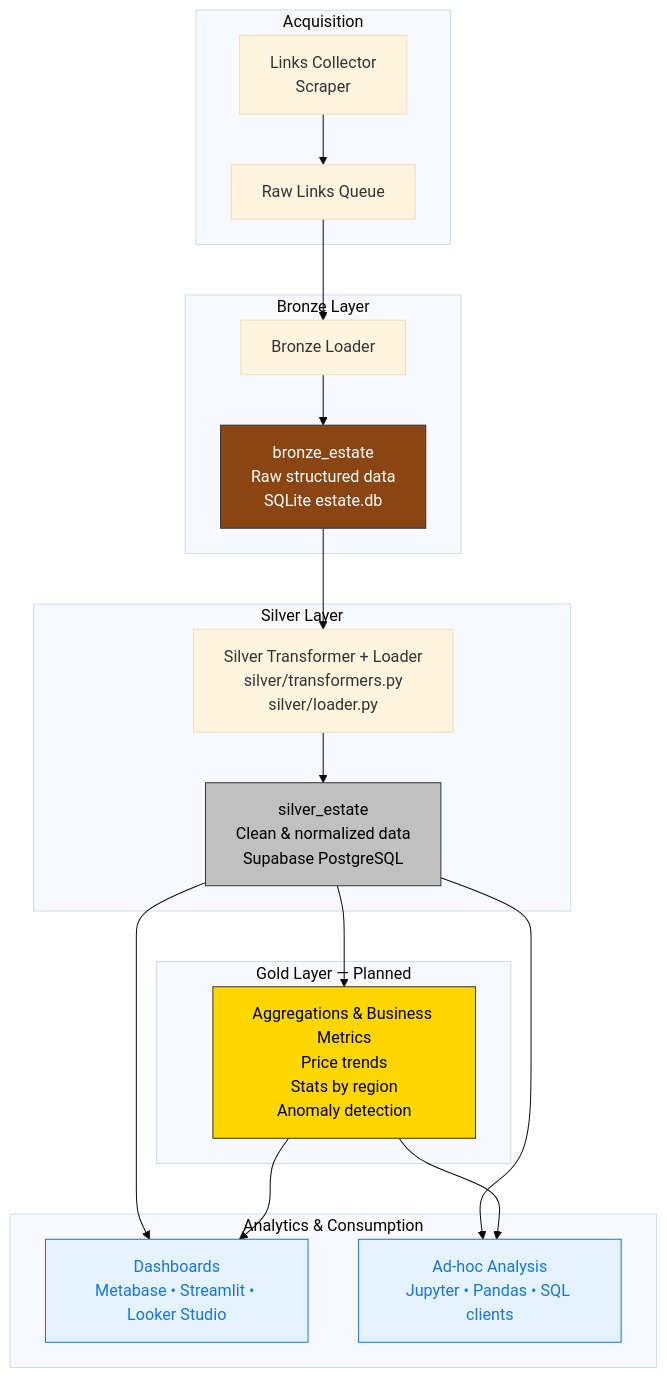
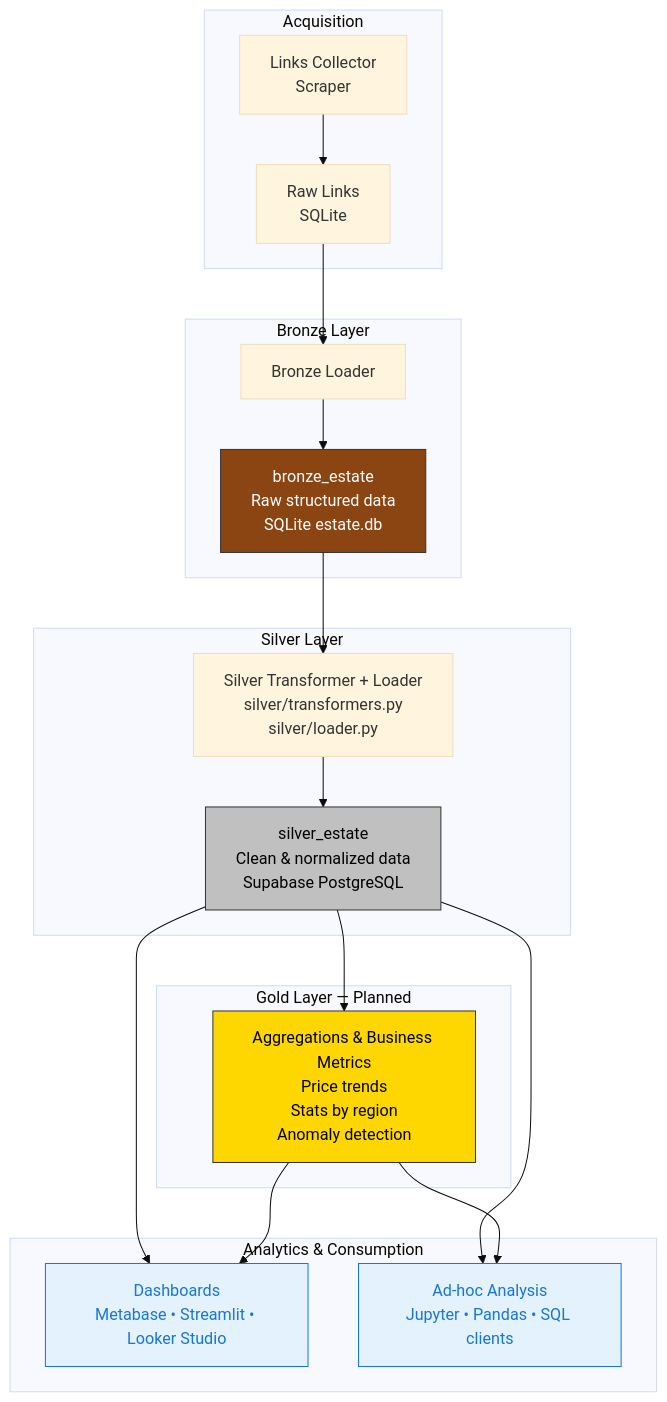
Before and after one commit to Revo69/real-estate-analytics-md: the diagram in docs/README.md, drawn with Mermaid (base theme).

````diff
--- a/docs/README.md
+++ b/docs/README.md
@@ -9,39 +9,39 @@
 ```mermaid
 %% Real Estate Analytics — Architecture Overview
 graph TD
     subgraph "Acquisition"
-        A[Links Collector<br/>Scraper] --> B[Raw Links Queue]
+        A[Links Collector<br/>Scraper] --> B[Raw Links <br/>SQLite]
     end
 
     subgraph "Bronze Layer"
         B --> C[Bronze Loader]
         C --> D[bronze_estate<br/>Raw structured data<br/>SQLite estate.db]
     end
 
     subgraph "Silver Layer"
         D --> E[Silver Transformer + Loader<br/>silver/transformers.py<br/>silver/loader.py]
         E --> F[silver_estate<br/>Clean & normalized data<br/>Supabase PostgreSQL]
     end
 
     subgraph "Gold Layer — Planned"
         F --> G[Aggregations & Business Metrics<br/>Price trends<br/>Stats by region<br/>Anomaly detection]
     end
 
     subgraph "Analytics & Consumption"
         F --> H[Dashboards<br/>Metabase • Streamlit • Looker Studio]
         G --> H
         F --> I[Ad-hoc Analysis<br/>Jupyter • Pandas • SQL clients]
         G --> I
     end
 
     %% Styles
     classDef bronze    fill:#8B4513, color:#fff, stroke:#333
     classDef silver    fill:#C0C0C0, color:#000, stroke:#333
     classDef gold      fill:#FFD700, color:#000, stroke:#333
     classDef analytics fill:#E3F2FD, color:#1976D2, stroke:#1976D2
 
     class D bronze
     class F silver
     class G gold
     class H,I analytics
 ```
````
